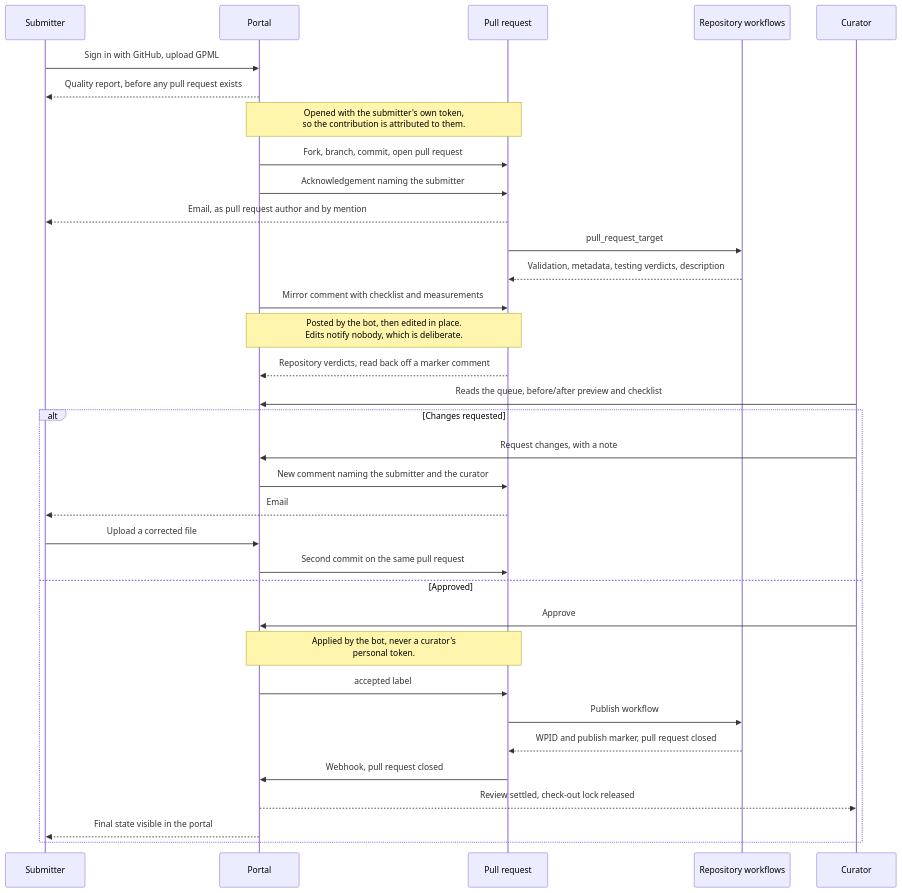
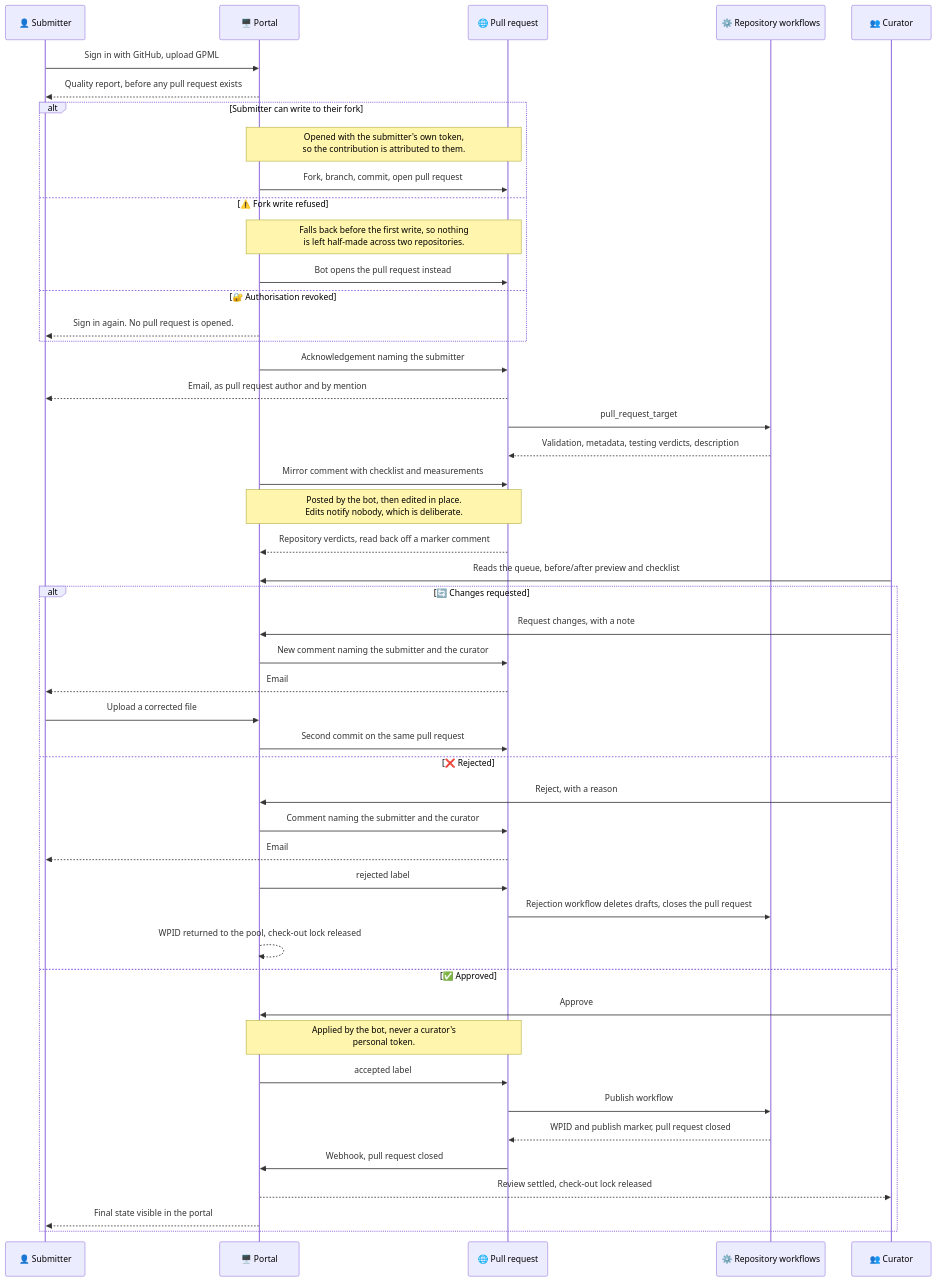
One commit to marvinm2/wikipathways-submit changed the diagram in README.md. Above: the diagram before and after it, drawn with Mermaid. The commit also changed other lines of this file and 2 other files, not shown here.

Commit message:
Add the rejection and bot-fallback paths to the diagram, and name the submitter when rejecting
Rejection had the same gap change requests had until this morning: the comment named only
the curator. Under the bot and user identities the pull request is not the submitter's, so
nothing reached them at all — and a rejection is the message that most needs to.

The diagram now covers what can actually happen rather than only what usually does: the
fork write being refused and falling back to the bot, an authorisation that has been
revoked and opens no pull request at all, and rejection alongside the other two outcomes.
Every fallback sits before the first write, which is the property worth being able to see.

Emoji added at Marvin's go-ahead, following the house diagram style. Rendered and read
rather than only parsed.

````diff
--- a/README.md
+++ b/README.md
@@ -51,44 +52,59 @@
 ```mermaid
 sequenceDiagram
     accTitle: Information Paths Through One Submission
-    accDescr: Messages exchanged between a submitter, the portal, the pull request, the content repository's workflows and a curator, from upload through to publication, showing which steps notify the submitter.
+    accDescr: Messages exchanged between a submitter, the portal, the pull request, the content repository's workflows and a curator, covering the fork fallback at submission time and all three review outcomes, and showing which steps notify the submitter.
 
-    participant S as Submitter
-    participant P as Portal
-    participant G as Pull request
-    participant W as Repository workflows
-    participant C as Curator
+    participant S as 👤 Submitter
+    participant P as 🖥️ Portal
+    participant G as 🌐 Pull request
+    participant W as ⚙️ Repository workflows
+    participant C as 👥 Curator
 
     S->>P: Sign in with GitHub, upload GPML
     P-->>S: Quality report, before any pull request exists
 
-    Note over P,G: Opened with the submitter's own token,<br/>so the contribution is attributed to them.
-    P->>G: Fork, branch, commit, open pull request
+    alt Submitter can write to their fork
+        Note over P,G: Opened with the submitter's own token,<br/>so the contribution is attributed to them.
+        P->>G: Fork, branch, commit, open pull request
+    else ⚠️ Fork write refused
+        Note over P,G: Falls back before the first write, so nothing<br/>is left half-made across two repositories.
+        P->>G: Bot opens the pull request instead
+    else 🔐 Authorisation revoked
+        P-->>S: Sign in again. No pull request is opened.
+    end
+
     P->>G: Acknowledgement naming the submitter
     G-->>S: Email, as pull request author and by mention
 
     G->>W: pull_request_target
     W-->>G: Validation, metadata, testing verdicts, description
     P->>G: Mirror comment with checklist and measurements
     Note over P,G: Posted by the bot, then edited in place.<br/>Edits notify nobody, which is deliberate.
 
     G-->>P: Repository verdicts, read back off a marker comment
     C->>P: Reads the queue, before/after preview and checklist
 
-    alt Changes requested
+    alt 🔄 Changes requested
         C->>P: Request changes, with a note
         P->>G: New comment naming the submitter and the curator
         G-->>S: Email
         S->>P: Upload a corrected file
         P->>G: Second commit on the same pull request
-    else Approved
+    else ❌ Rejected
+        C->>P: Reject, with a reason
+        P->>G: Comment naming the submitter and the curator
+        G-->>S: Email
+        P->>G: rejected label
+        G->>W: Rejection workflow deletes drafts, closes the pull request
+        P-->>P: WPID returned to the pool, check-out lock released
+    else ✅ Approved
         C->>P: Approve
         Note over P,G: Applied by the bot, never a curator's<br/>personal token.
         P->>G: accepted label
         G->>W: Publish workflow
         W-->>G: WPID and publish marker, pull request closed
         G->>P: Webhook, pull request closed
         P-->>C: Review settled, check-out lock released
         P-->>S: Final state visible in the portal
     end
 ```
````
